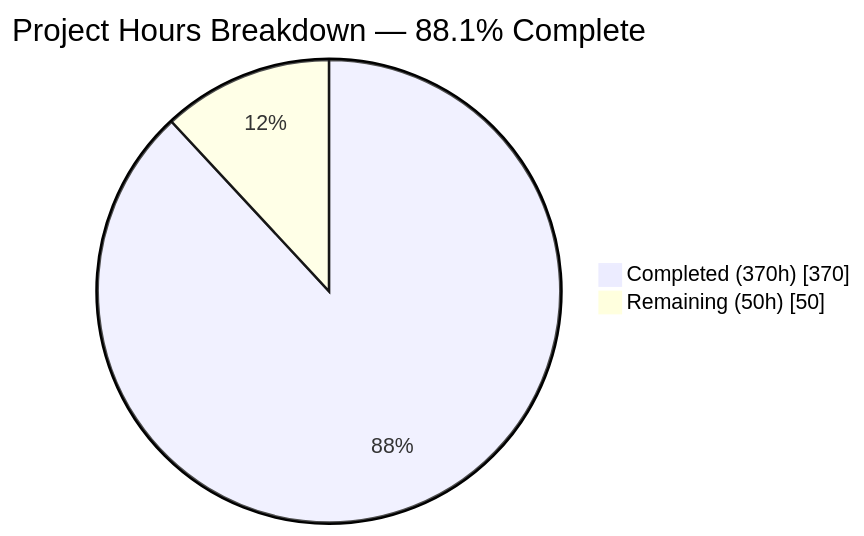
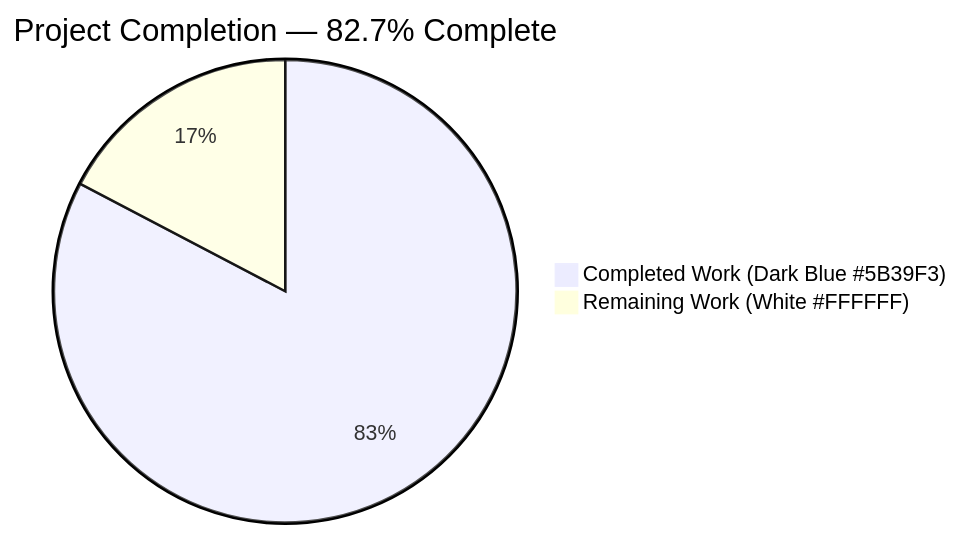
The first of 3 diagrams in blitzy/documentation/Project Guide.md (Blitzy-Sandbox/blitzy-wordpress), drawn with Mermaid before and after one commit. The commit also changed other lines of this file, not shown here.

Commit message:
Adding Blitzy Project Guide: Project Status and Human Tasks Remaining

````diff
--- a/blitzy/documentation/Project Guide.md
+++ b/blitzy/documentation/Project Guide.md
@@ -13,6 +9,5 @@
 ```mermaid
-pie showData
-    title Project Hours Breakdown — 88.1% Complete
-    "Completed (370h)" : 370
-    "Remaining (50h)" : 50
+pie title Project Completion — 82.7% Complete
+    "Completed Work (Dark Blue #5B39F3)" : 210
+    "Remaining Work (White #FFFFFF)" : 44
 ```
````
